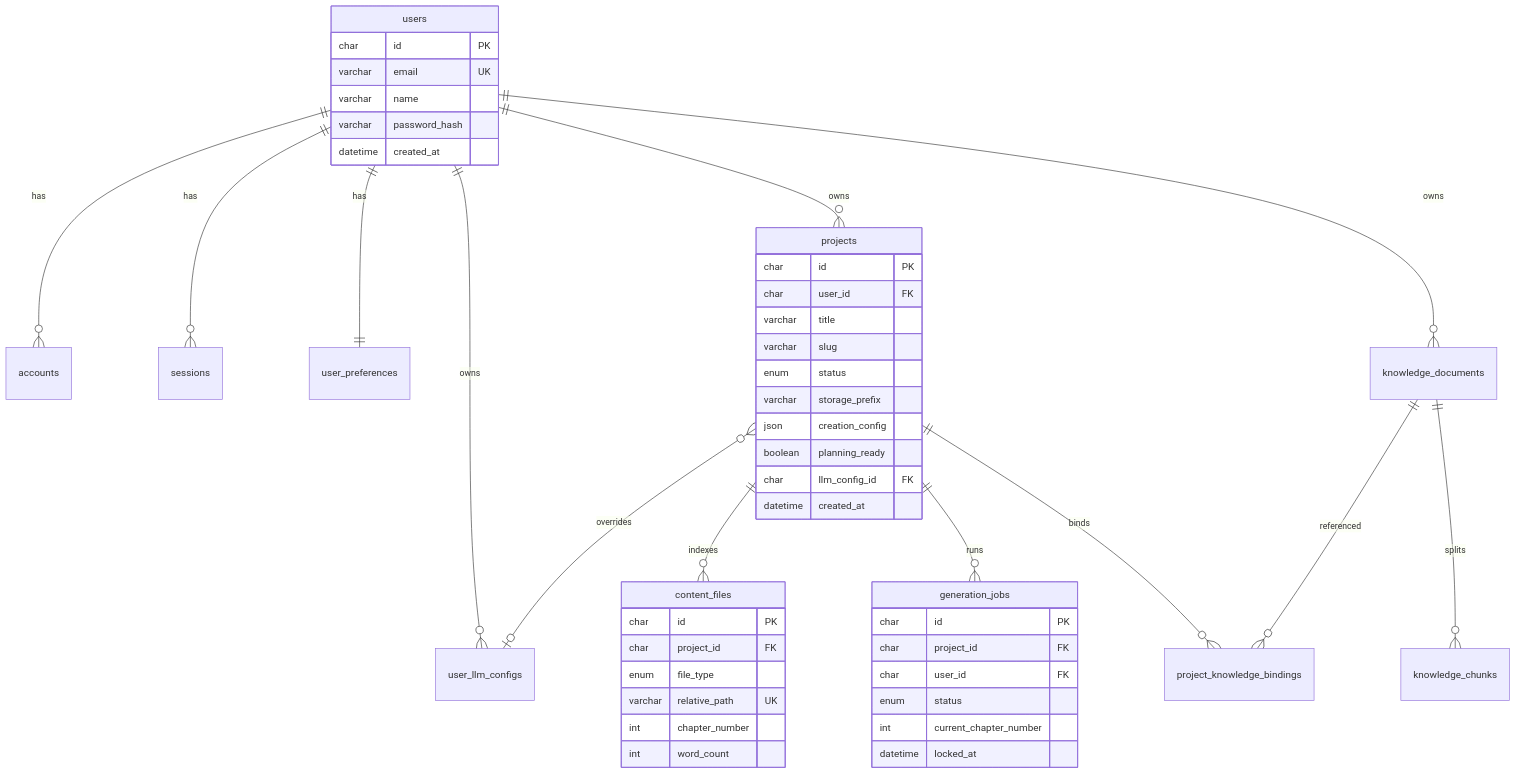
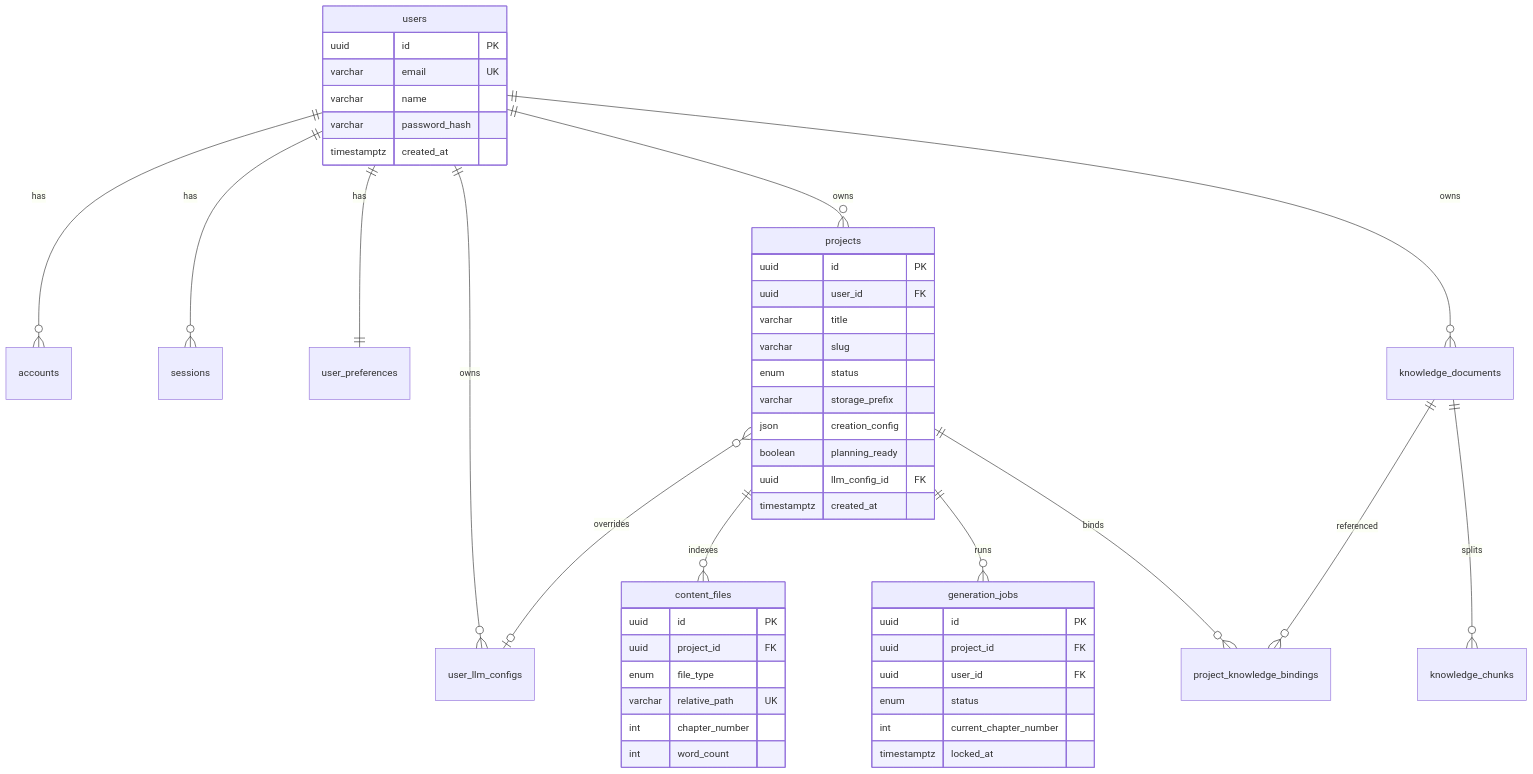
Before and after one commit to blue-idea/muoyu: the first of 2 diagrams in docs/spec/data.md, drawn with Mermaid. The commit also changed other lines of this file and 12 other files, not shown here.

````diff
--- a/docs/spec/data.md
+++ b/docs/spec/data.md
@@ -34,56 +34,56 @@
 ```mermaid
 erDiagram
     users ||--o{ accounts : has
     users ||--o{ sessions : has
     users ||--|| user_preferences : has
     users ||--o{ user_llm_configs : owns
     users ||--o{ projects : owns
     users ||--o{ knowledge_documents : owns
 
     projects ||--o{ content_files : indexes
     projects ||--o{ generation_jobs : runs
     projects ||--o{ project_knowledge_bindings : binds
     projects }o--o| user_llm_configs : overrides
 
     knowledge_documents ||--o{ knowledge_chunks : splits
     knowledge_documents ||--o{ project_knowledge_bindings : referenced
 
     users {
-        char id PK
+        uuid id PK
         varchar email UK
         varchar name
         varchar password_hash
-        datetime created_at
+        timestamptz created_at
     }
 
     projects {
-        char id PK
-        char user_id FK
+        uuid id PK
+        uuid user_id FK
         varchar title
         varchar slug
         enum status
         varchar storage_prefix
         json creation_config
         boolean planning_ready
-        char llm_config_id FK
-        datetime created_at
+        uuid llm_config_id FK
+        timestamptz created_at
     }
 
     content_files {
-        char id PK
-        char project_id FK
+        uuid id PK
+        uuid project_id FK
         enum file_type
         varchar relative_path UK
         int chapter_number
         int word_count
     }
 
     generation_jobs {
-        char id PK
-        char project_id FK
-        char user_id FK
+        uuid id PK
+        uuid project_id FK
+        uuid user_id FK
         enum status
         int current_chapter_number
-        datetime locked_at
+        timestamptz locked_at
     }
 ```
````
